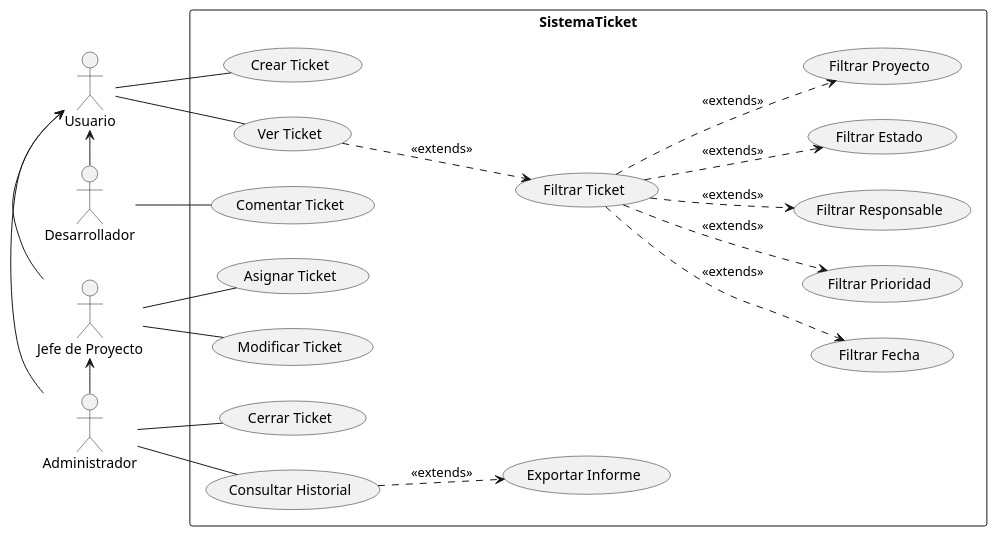
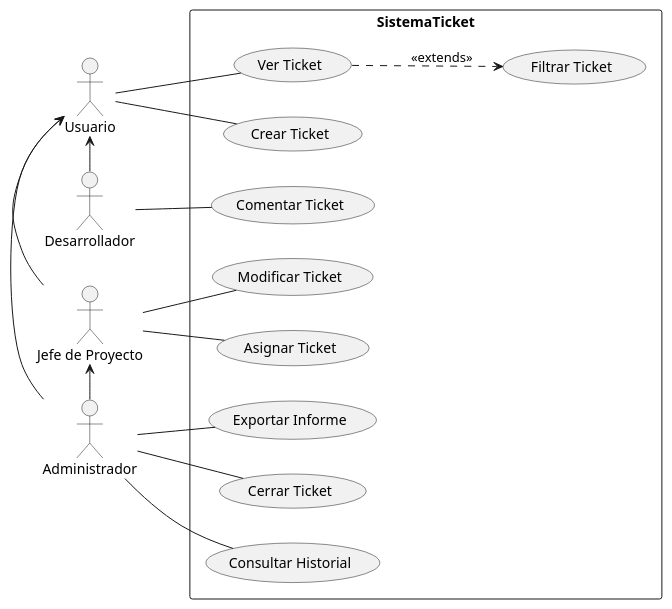
One commit to mmasias/23-24-IdSw1-SDR changed the diagram in modelosUML/CasosDeUsos/CDU SistemaTicket.puml. Above: the diagram before and after it, drawn with PlantUML.

Commit message:
Cambio en el caso de uso sistematicket

```diff
--- a/modelosUML/CasosDeUsos/CDU SistemaTicket.puml
+++ b/modelosUML/CasosDeUsos/CDU SistemaTicket.puml
@@ -1,31 +1,26 @@
 @startuml
 
 left to right direction
 
 actor "Jefe de Proyecto" as JefeProyecto
 actor Administrador as Admin
 actor Usuario as Usuario
 actor Desarrollador as Dev
 
 rectangle SistemaTicket{
     Dev -l-> Usuario
     Dev -- (Comentar Ticket)
     Usuario -l- (Crear Ticket)
     Usuario -- (Ver Ticket)
     JefeProyecto -l-> Usuario
     JefeProyecto -- (Asignar Ticket)
     JefeProyecto -- (Modificar Ticket)
     (Ver Ticket) ..> (Filtrar Ticket) :<<extends>>
-    (Filtrar Ticket) ..> (Filtrar Fecha) :<<extends>>
-    (Filtrar Ticket) ..> (Filtrar Prioridad) : <<extends>>
-    (Filtrar Ticket) ..>  (Filtrar Responsable) : <<extends>>
-    (Filtrar Ticket) ..> (Filtrar Estado) : <<extends>>
-    (Filtrar Ticket) ..>  (Filtrar Proyecto) : <<extends>>
     Admin -l-> Usuario
     Admin -l-> JefeProyecto
     Admin -- (Consultar Historial)
-    (Consultar Historial) ..> (Exportar Informe) : <<extends>>
+    Admin -- (Exportar Informe)
     Admin -- (Cerrar Ticket)
 }
 
 @enduml
```
